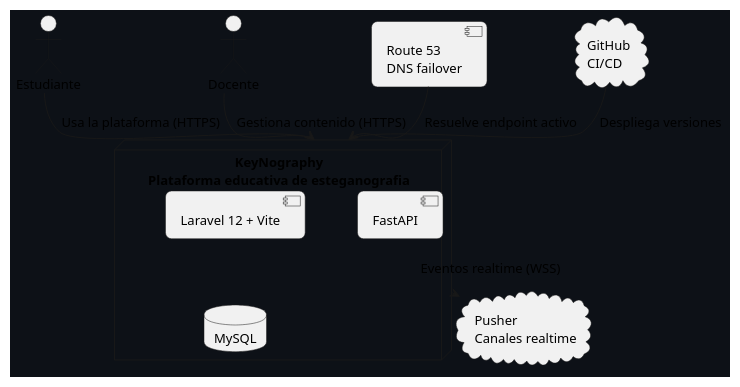
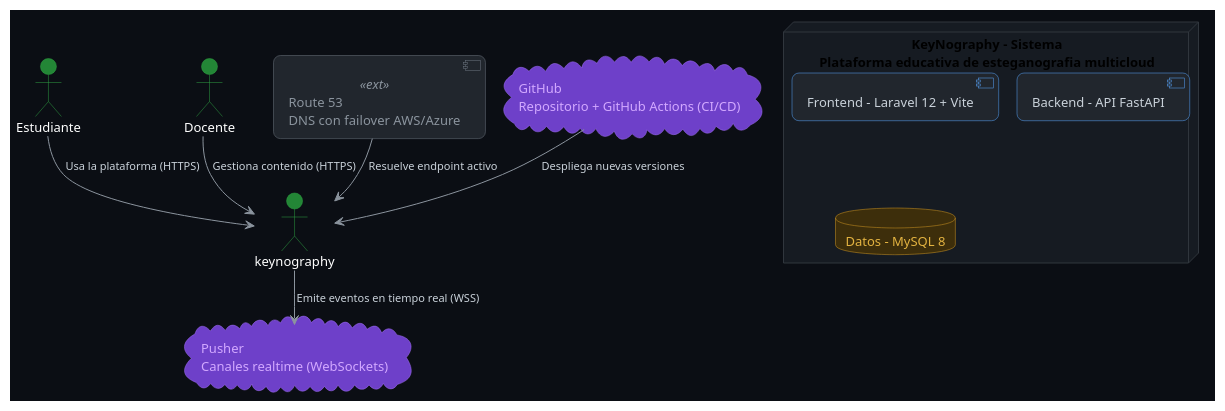
The second of 11 diagrams in docs/despliegue-multicloud.md (Aisaac123/KeyNography-), drawn with PlantUML before and after one commit. The commit also changed other lines of this file, not shown here.

Commit message:
diagrams docs fix

````diff
--- a/docs/despliegue-multicloud.md
+++ b/docs/despliegue-multicloud.md
@@ -106,31 +164,63 @@
 ```plantuml
 @startuml KeyNography - Diagrama de Contexto (C4 Nivel 1)
 !pragma layout smetana
-skinparam backgroundColor #0d1117
+skinparam backgroundColor #0B0E14
 skinparam shadowing false
 skinparam defaultFontName "Segoe UI"
 skinparam defaultFontSize 13
-skinparam roundcorner 12
-skinparam nodesep 50
-skinparam ranksep 60
+skinparam roundcorner 14
+skinparam nodesep 55
+skinparam ranksep 70
+skinparam ArrowColor #8B949E
+skinparam ArrowFontColor #C9D1D9
+skinparam ArrowFontSize 11
+skinparam actor {
+  BackgroundColor #238636
+  BorderColor #2EA043
+  FontColor #FFFFFF
+}
+skinparam node {
+  BackgroundColor #161B22
+  BorderColor #30363D
+}
+skinparam component {
+  BackgroundColor #21262D
+  BorderColor #58A6FF
+  FontColor #C9D1D9
+}
+skinparam database {
+  BackgroundColor #3D2E0B
+  BorderColor #D29922
+  FontColor #E3B341
+}
+skinparam cloud {
+  BackgroundColor #6E40C9
+  BorderColor #A371F7
+  FontColor #D2A8FF
+}
+skinparam component<<ext>> {
+  BackgroundColor #21262D
+  BorderColor #6E7681
+  FontColor #8B949E
+}
 
 actor "Estudiante" as student
 actor "Docente" as teacher
 
-node "KeyNography\nPlataforma educativa de esteganografia" as keynography {
-  component "Laravel 12 + Vite" as frontend
-  component "FastAPI" as api
-  database "MySQL" as db
+node "KeyNography - Sistema\nPlataforma educativa de esteganografia multicloud" {
+  component "Frontend - Laravel 12 + Vite" as frontend
+  component "Backend - API FastAPI" as api
+  database "Datos - MySQL 8" as db
 }
 
-cloud "Pusher\nCanales realtime" as pusher
-component "Route 53\nDNS failover" as dns
-cloud "GitHub\nCI/CD" as github
+cloud "Pusher\nCanales realtime (WebSockets)" as pusher
+component "Route 53\nDNS con failover AWS/Azure" as dns <<ext>>
+cloud "GitHub\nRepositorio + GitHub Actions (CI/CD)" as github
 
 student --> keynography : Usa la plataforma (HTTPS)
 teacher --> keynography : Gestiona contenido (HTTPS)
-keynography --> pusher : Eventos realtime (WSS)
+keynography --> pusher : Emite eventos en tiempo real (WSS)
 dns --> keynography : Resuelve endpoint activo
-github --> keynography : Despliega versiones
+github --> keynography : Despliega nuevas versiones
 @enduml
 ```
````
